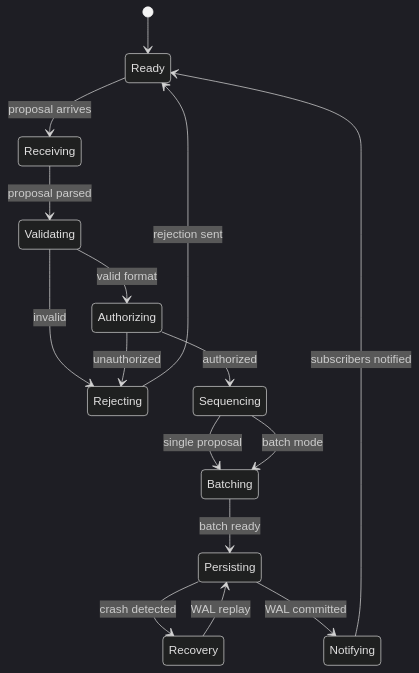
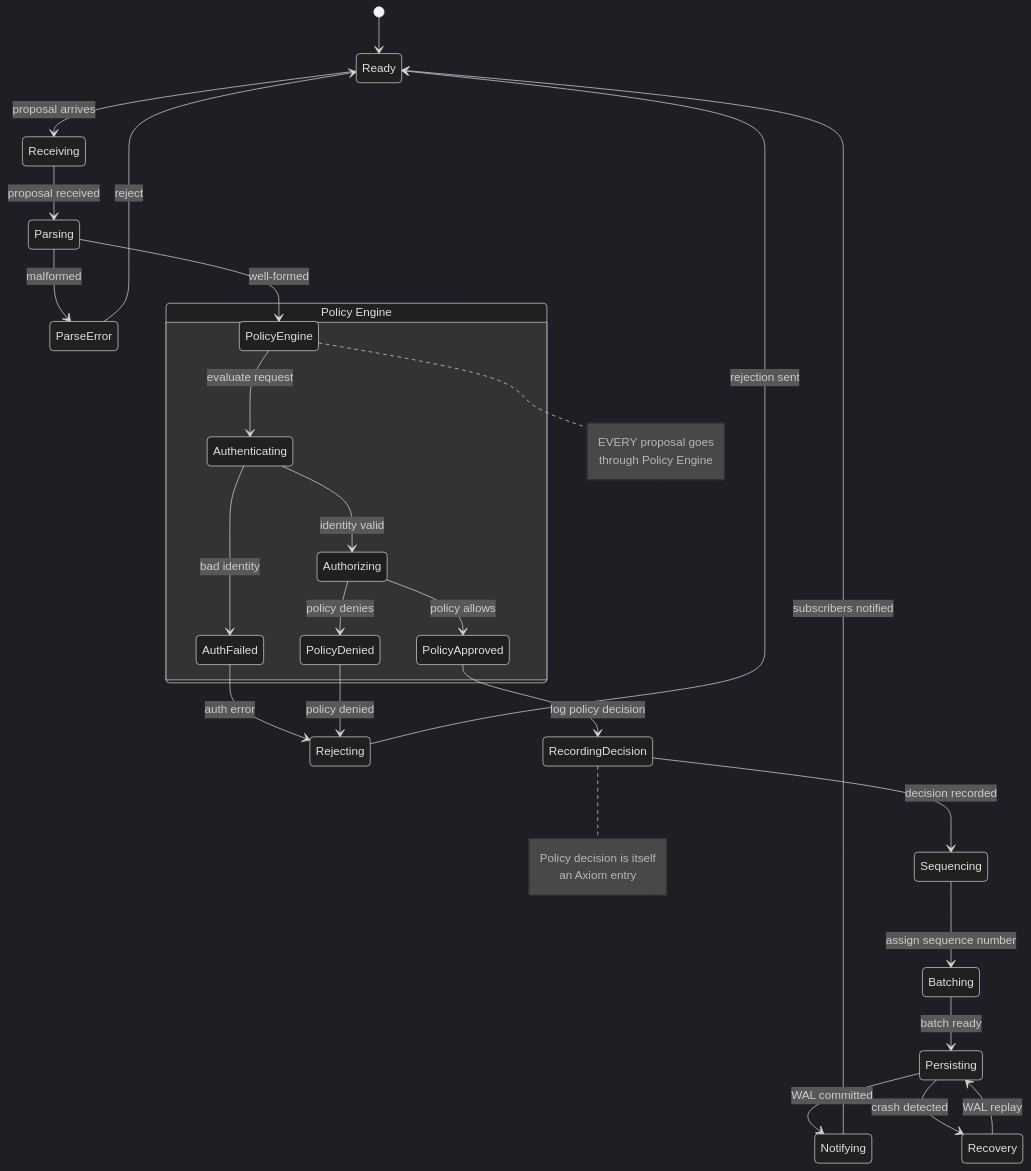
Diagram 12 of 18 in docs/diagrams/state-machines.md (cypher-asi/zero-os), drawn with Mermaid (dark theme) before and after one commit. The commit also changed other lines of this file and 24 other files, not shown here.

````diff
--- a/docs/diagrams/state-machines.md
+++ b/docs/diagrams/state-machines.md
@@ -437,28 +564,51 @@
 ```mermaid
 stateDiagram-v2
     [*] --> Ready
     
     Ready --> Receiving: proposal arrives
     
-    Receiving --> Validating: proposal parsed
+    Receiving --> Parsing: proposal received
     
-    Validating --> Rejecting: invalid
-    Validating --> Authorizing: valid format
+    Parsing --> ParseError: malformed
+    Parsing --> PolicyEngine: well-formed
     
-    Authorizing --> Rejecting: unauthorized
-    Authorizing --> Sequencing: authorized
+    ParseError --> Ready: reject
+    
+    state "Policy Engine" as pe {
+        PolicyEngine --> Authenticating: evaluate request
+        Authenticating --> AuthFailed: bad identity
+        Authenticating --> Authorizing: identity valid
+        Authorizing --> PolicyApproved: policy allows
+        Authorizing --> PolicyDenied: policy denies
+    }
+    
+    AuthFailed --> Rejecting: auth error
+    PolicyDenied --> Rejecting: policy denied
     
     Rejecting --> Ready: rejection sent
     
-    Sequencing --> Batching: single proposal
-    Sequencing --> Batching: batch mode
+    PolicyApproved --> RecordingDecision: log policy decision
+    
+    RecordingDecision --> Sequencing: decision recorded
+    
+    Sequencing --> Batching: assign sequence number
     
     Batching --> Persisting: batch ready
     
     Persisting --> Notifying: WAL committed
     Persisting --> Recovery: crash detected
     
     Recovery --> Persisting: WAL replay
     
     Notifying --> Ready: subscribers notified
+    
+    note right of PolicyEngine
+        EVERY proposal goes
+        through Policy Engine
+    end note
+    
+    note right of RecordingDecision
+        Policy decision is itself
+        an Axiom entry
+    end note
 ```
````
